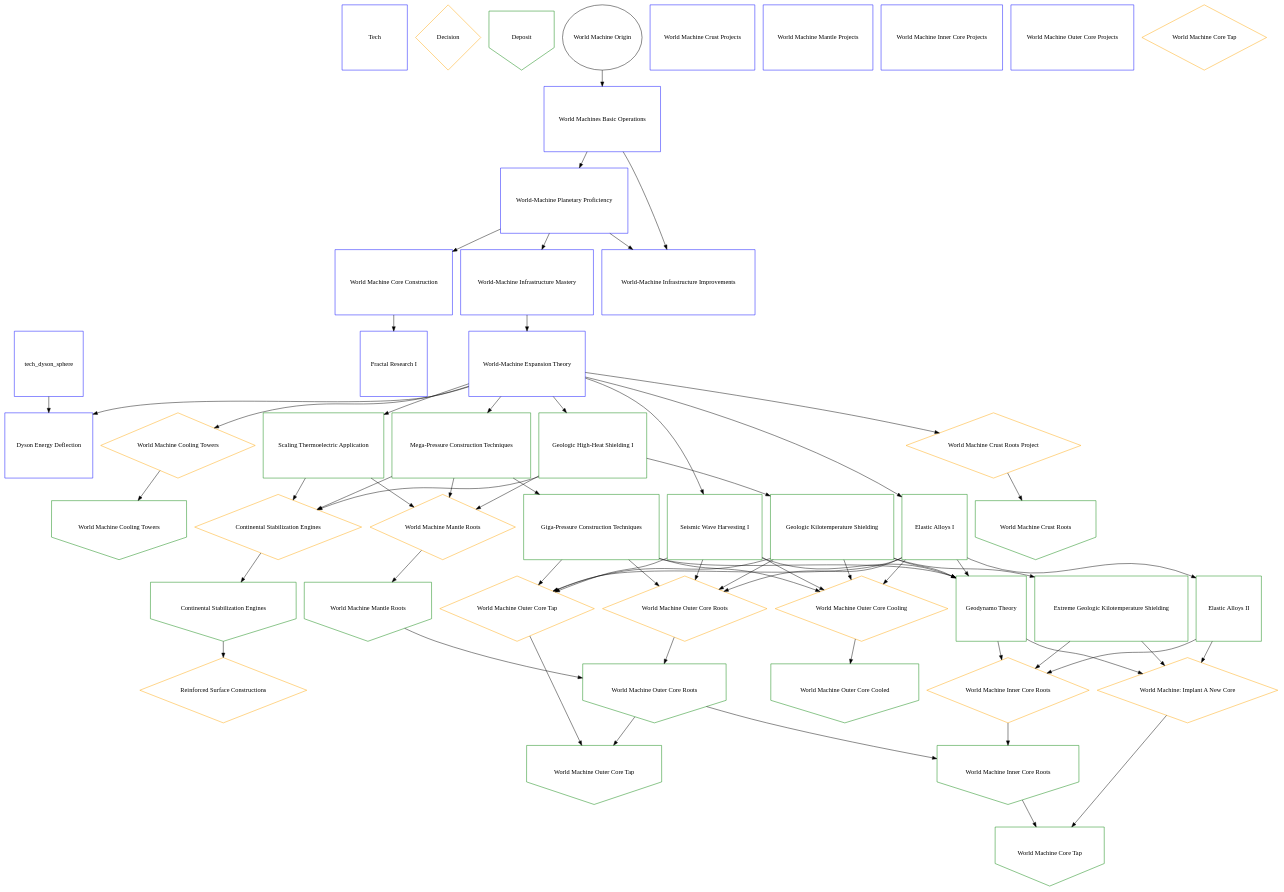
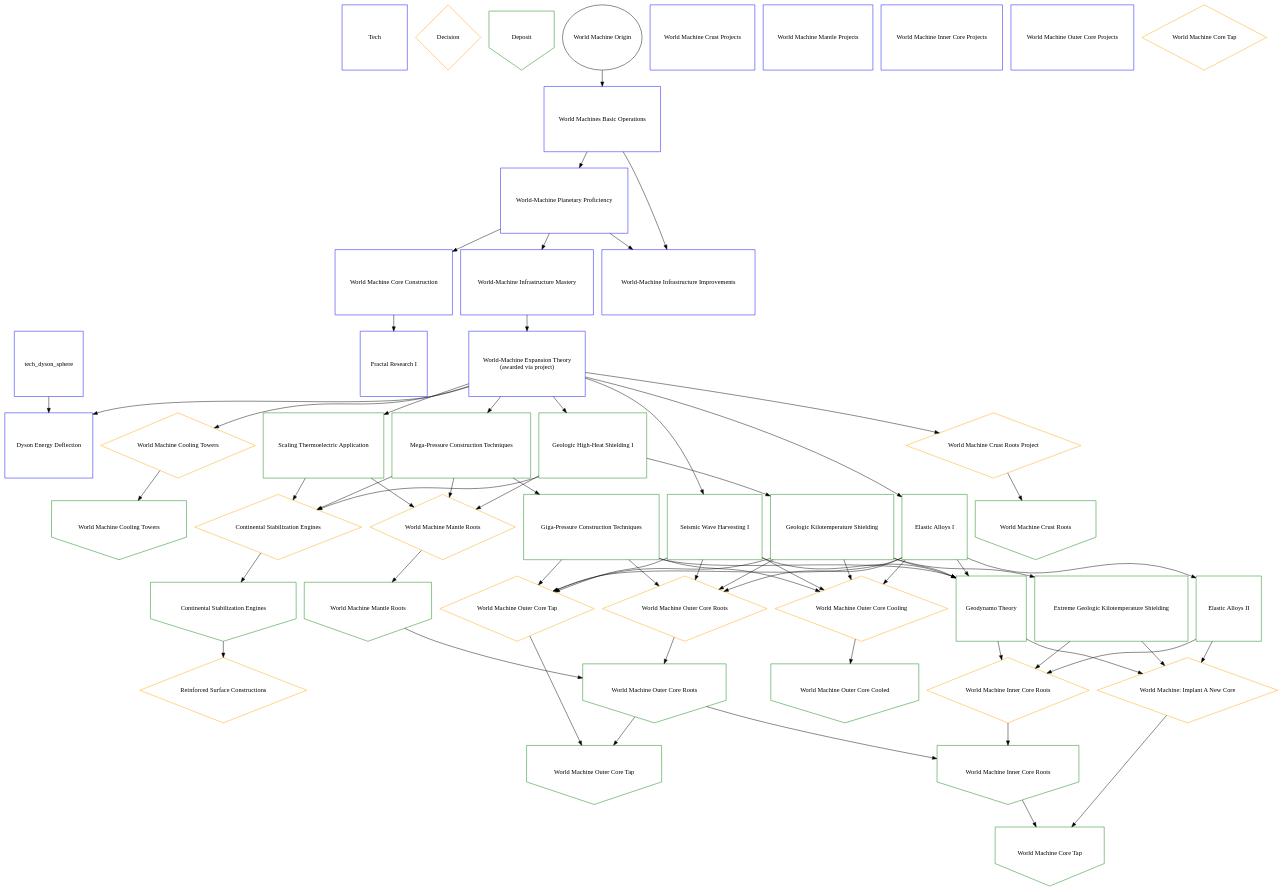
One commit to openly-retro/stellaris-machine-robot-expansion changed the diagram in documentation/oxr_mdlc_world_machine_tech_tree_v2.dot. Above: the diagram before and after it, drawn with Graphviz. The commit also changed 12 other files, not shown here.

```diff
--- a/documentation/oxr_mdlc_world_machine_tech_tree_v2.dot
+++ b/documentation/oxr_mdlc_world_machine_tech_tree_v2.dot
@@ -1,163 +1,163 @@
 digraph {
     node [fixedsize=false width=2 height=2];
     "Tech" [shape=rectangle color=blue];
     "Decision" [shape=diamond color=orange];
     "Deposit" [shape=invhouse color=green];
 
     "World Machine Origin" -> "oxr_mdlc_tech_world_machines_unlocked"
     // "World Machine AP" -> "oxr_mdlc_tech_world_machines_unlocked"
     # WM Tech
     oxr_mdlc_tech_world_machines_unlocked [shape=rectangle color=blue label="World Machines Basic Operations"];
     oxr_mdlc_tech_world_machine_planetary_proficiency [shape=rectangle color=blue label="World-Machine Planetary Proficiency"];
     oxr_mdlc_tech_world_machine_planetary_mastery [shape=rectangle color=blue label="World-Machine Infrastructure Mastery"];
     oxr_mdlc_tech_world_machine_wmc_core [shape=rectangle color=blue label="World Machine Core Construction"];
     oxr_mdlc_tech_fractal_basics [shape=rectangle color=blue label="Fractal Research I"];
     oxr_mdlc_tech_world_machine_district_infrastructure [shape=rectangle color=blue label="World-Machine Infrastructure Improvements"];
 
     "oxr_mdlc_tech_world_machines_unlocked" -> "oxr_mdlc_tech_world_machine_planetary_proficiency"
     "oxr_mdlc_tech_world_machine_planetary_proficiency" -> "oxr_mdlc_tech_world_machine_planetary_mastery"
     "oxr_mdlc_tech_world_machine_wmc_core" -> "oxr_mdlc_tech_fractal_basics"
     # oxr_mdlc_tech_world_machine_district_infrastructure
     "oxr_mdlc_tech_world_machines_unlocked" -> "oxr_mdlc_tech_world_machine_district_infrastructure"
     "oxr_mdlc_tech_world_machine_planetary_proficiency" -> "oxr_mdlc_tech_world_machine_district_infrastructure"
     oxr_mdlc_tech_world_machine_planetary_proficiency -> oxr_mdlc_tech_world_machine_wmc_core;
     # RIKK upgrade tree (TECH)
     rikk_mdlc_tech_world_machine_crust_upgrade [shape=rectangle color=blue label="World Machine Crust Projects"];
     rikk_mdlc_tech_world_machine_mantle_upgrade [shape=rectangle color=blue label="World Machine Mantle Projects"];
     rikk_mdlc_tech_world_machine_inner_core_upgrade [shape=rectangle color=blue label="World Machine Inner Core Projects"];
     rikk_mdlc_tech_world_machine_outer_core_upgrade [shape=rectangle color=blue label="World Machine Outer Core Projects"];
     tech_dyson_sphere [shape=rectangle color=blue];
     rikk_mdlc_tech_world_machine_dyson [shape=rectangle color=blue label="Dyson Energy Deflection"];
     // "rikk_mdlc_tech_world_machine_crust_upgrade" -> "rikk_mdlc_tech_world_machine_mantle_upgrade"
     // "rikk_mdlc_tech_world_machine_mantle_upgrade" -> "rikk_mdlc_tech_world_machine_outer_core_upgrade"
     // "rikk_mdlc_tech_world_machine_outer_core_upgrade" -> "rikk_mdlc_tech_world_machine_inner_core_upgrade"
     // "tech_dyson_sphere" -> "rikk_mdlc_tech_world_machine_dyson"
     // "rikk_mdlc_tech_world_machine_outer_core_upgrade" -> "rikk_mdlc_tech_world_machine_dyson"
     # RIKK (Decisions)
     node [shape=diamond color=orange];
     rikk_mdlc_decision_world_machine_crust_roots [color=orange label="World Machine Crust Roots Project"];
     rikk_mdlc_decision_world_machine_cooling_towers [label="World Machine Cooling Towers"];
     rikk_mdlc_decision_world_machine_mantle_roots [label="World Machine Mantle Roots"];
     rikk_mdlc_decision_world_machine_mantle_engine [label="Continental Stabilization Engines"];
     rikk_mdlc_decision_world_machine_reinforced_planet [label="Reinforced Surface Constructions"];
     rikk_mdlc_decision_world_machine_outer_core_roots [label="World Machine Outer Core Roots"];
     rikk_mdlc_decision_world_machine_outer_core_tap [label="World Machine Outer Core Tap"];
     rikk_mdlc_decision_world_machine_outer_core_cooling [label="World Machine Outer Core Cooling"];
     rikk_mdlc_decision_world_machine_inner_core_roots [label="World Machine Inner Core Roots"];
     rikk_mdlc_decision_world_machine_core_core [label="World Machine: Implant A New Core"];
     rikk_mdlc_decision_world_machine_inner_core_tap [label="World Machine Core Tap"];
     // "rikk_mdlc_tech_world_machine_crust_upgrade" -> "rikk_mdlc_decision_world_machine_crust_roots"
     // rikk_mdlc_tech_world_machine_crust_upgrade -> rikk_mdlc_decision_world_machine_cooling_towers;
     // rikk_mdlc_tech_world_machine_mantle_upgrade -> rikk_mdlc_decision_world_machine_mantle_roots;
     // rikk_mdlc_tech_world_machine_mantle_upgrade -> rikk_mdlc_decision_world_machine_mantle_engine;
     // rikk_mdlc_tech_world_machine_mantle_upgrade -> rikk_mdlc_decision_world_machine_reinforced_planet;
     // rikk_mdlc_tech_world_machine_outer_core_upgrade -> rikk_mdlc_decision_world_machine_outer_core_roots;
     // rikk_mdlc_tech_world_machine_outer_core_upgrade -> rikk_mdlc_decision_world_machine_outer_core_tap;
     // rikk_mdlc_tech_world_machine_outer_core_upgrade -> rikk_mdlc_decision_world_machine_outer_core_cooling;
     // rikk_mdlc_tech_world_machine_inner_core_upgrade -> rikk_mdlc_decision_world_machine_inner_core_roots;
     // rikk_mdlc_tech_world_machine_inner_core_upgrade -> rikk_mdlc_decision_world_machine_core_core;
     // rikk_mdlc_tech_world_machine_inner_core_upgrade -> rikk_mdlc_decision_world_machine_inner_core_tap;
     # RIKK DEPOSITS
     node [color=green shape=invhouse];
     rikk_mdlc_d_world_machine_crust_roots [label="World Machine Crust Roots"];
     rikk_mdlc_d_world_machine_cooling_towers [label="World Machine Cooling Towers"];
     rikk_mdlc_d_world_machine_mantle_roots [label="World Machine Mantle Roots"];
     rikk_mdlc_d_world_machine_mantle_engine [shape=invhouse label="Continental Stabilization Engines"];
     rikk_mdlc_d_world_machine_outer_core_roots [shape=invhouse label="World Machine Outer Core Roots"];
     rikk_mdlc_d_world_machine_outer_core_tap [shape=invhouse label="World Machine Outer Core Tap"];
     rikk_mdlc_d_world_machine_outer_core_cooled [shape=invhouse label="World Machine Outer Core Cooled"];
     rikk_mdlc_d_world_machine_inner_core_roots [shape=invhouse label="World Machine Inner Core Roots"];
     // rikk_mdlc_d_world_machine_core_core [shape=invhouse label="World Machine Core"];
     rikk_mdlc_d_world_machine_core_tap [shape=invhouse label="World Machine Core Tap"];
     // rikk_mdlc_d_world_machine_core_refuse [shape=invhouse label="World Core Dump"];
     # Decisions to deposits
     rikk_mdlc_decision_world_machine_crust_roots -> rikk_mdlc_d_world_machine_crust_roots;
     rikk_mdlc_decision_world_machine_cooling_towers -> rikk_mdlc_d_world_machine_cooling_towers;
     rikk_mdlc_decision_world_machine_mantle_roots -> rikk_mdlc_d_world_machine_mantle_roots;
     rikk_mdlc_decision_world_machine_mantle_engine -> rikk_mdlc_d_world_machine_mantle_engine;
     rikk_mdlc_d_world_machine_mantle_engine -> rikk_mdlc_decision_world_machine_reinforced_planet;
     rikk_mdlc_decision_world_machine_outer_core_roots -> rikk_mdlc_d_world_machine_outer_core_roots;
     rikk_mdlc_decision_world_machine_outer_core_tap -> rikk_mdlc_d_world_machine_outer_core_tap;
     rikk_mdlc_decision_world_machine_outer_core_cooling -> rikk_mdlc_d_world_machine_outer_core_cooled;
     rikk_mdlc_decision_world_machine_inner_core_roots -> rikk_mdlc_d_world_machine_inner_core_roots;
     rikk_mdlc_decision_world_machine_core_core -> rikk_mdlc_d_world_machine_core_tap;
 
     # Deposit to deposit
     rikk_mdlc_d_world_machine_mantle_roots -> rikk_mdlc_d_world_machine_outer_core_roots;
     rikk_mdlc_d_world_machine_outer_core_roots -> rikk_mdlc_d_world_machine_outer_core_tap;
     rikk_mdlc_d_world_machine_outer_core_roots -> rikk_mdlc_d_world_machine_inner_core_roots;
     rikk_mdlc_d_world_machine_inner_core_roots -> rikk_mdlc_d_world_machine_core_tap;
 
 
     # Alt WM Upgrade tree
-    oxr_mdlc_tech_geologic_world_expansion_theory [shape=rectangle color=blue label="World-Machine Expansion Theory"];
+    oxr_mdlc_tech_geologic_world_expansion_theory [shape=rectangle color=blue label="World-Machine Expansion Theory\n(awarded via project)"];
     oxr_mdlc_tech_geologic_heat_shielding_1 [shape=rectangle label="Geologic High-Heat Shielding I"];
     oxr_mdlc_tech_geologic_heat_shielding_2 [shape=rectangle label="Geologic Kilotemperature Shielding"];
     oxr_mdlc_tech_geologic_heat_shielding_3 [shape=rectangle label="Extreme Geologic Kilotemperature Shielding"];
     oxr_mdlc_tech_geologic_scaling_thermoelectrics [shape=rectangle label="Scaling Thermoelectric Application"];
     oxr_mdlc_tech_geologic_pressurized_construction_1 [shape=rectangle label="Mega-Pressure Construction Techniques"];
     oxr_mdlc_tech_geologic_pressurized_construction_2 [shape=rectangle label="Giga-Pressure Construction Techniques"];
     oxr_mdlc_tech_geologic_elastic_materials_1 [shape=rectangle label="Elastic Alloys I"];
     oxr_mdlc_tech_geologic_elastic_materials_2 [shape=rectangle label="Elastic Alloys II"];
     oxr_mdlc_tech_geologic_seismic_wave_harvesting_1 [shape=rectangle label="Seismic Wave Harvesting I"];
     oxr_mdlc_tech_geologic_geodynamo_theory [shape=rectangle label="Geodynamo Theory"];
     #connections
     oxr_mdlc_tech_world_machine_planetary_mastery -> oxr_mdlc_tech_geologic_world_expansion_theory;
 
 
     oxr_mdlc_tech_geologic_world_expansion_theory -> oxr_mdlc_tech_geologic_heat_shielding_1;
     oxr_mdlc_tech_geologic_world_expansion_theory -> oxr_mdlc_tech_geologic_scaling_thermoelectrics;
     oxr_mdlc_tech_geologic_world_expansion_theory -> oxr_mdlc_tech_geologic_pressurized_construction_1;
     oxr_mdlc_tech_geologic_world_expansion_theory -> oxr_mdlc_tech_geologic_elastic_materials_1;
     oxr_mdlc_tech_geologic_world_expansion_theory -> oxr_mdlc_tech_geologic_seismic_wave_harvesting_1;
     oxr_mdlc_tech_geologic_heat_shielding_1 -> oxr_mdlc_tech_geologic_heat_shielding_2;
     oxr_mdlc_tech_geologic_heat_shielding_2 -> oxr_mdlc_tech_geologic_heat_shielding_3;
     oxr_mdlc_tech_geologic_pressurized_construction_1 -> oxr_mdlc_tech_geologic_pressurized_construction_2;
     oxr_mdlc_tech_geologic_elastic_materials_1 -> oxr_mdlc_tech_geologic_elastic_materials_2;
     oxr_mdlc_tech_geologic_heat_shielding_2 -> oxr_mdlc_tech_geologic_geodynamo_theory;
     oxr_mdlc_tech_geologic_pressurized_construction_2 -> oxr_mdlc_tech_geologic_geodynamo_theory;
     oxr_mdlc_tech_geologic_elastic_materials_1 -> oxr_mdlc_tech_geologic_geodynamo_theory;
     oxr_mdlc_tech_geologic_seismic_wave_harvesting_1 -> oxr_mdlc_tech_geologic_geodynamo_theory;
 
     # OXR to RIKK
     // oxr_mdlc_tech_world_machine_wmc_core -> rikk_mdlc_tech_world_machine_crust_upgrade;
     oxr_mdlc_tech_geologic_world_expansion_theory -> rikk_mdlc_decision_world_machine_crust_roots;
     oxr_mdlc_tech_geologic_world_expansion_theory -> rikk_mdlc_decision_world_machine_cooling_towers;
     oxr_mdlc_tech_geologic_world_expansion_theory -> rikk_mdlc_tech_world_machine_dyson;
     tech_dyson_sphere -> rikk_mdlc_tech_world_machine_dyson;
     # mantle
     oxr_mdlc_tech_geologic_heat_shielding_1 -> rikk_mdlc_decision_world_machine_mantle_roots;
     oxr_mdlc_tech_geologic_scaling_thermoelectrics -> rikk_mdlc_decision_world_machine_mantle_roots;
     oxr_mdlc_tech_geologic_pressurized_construction_1 -> rikk_mdlc_decision_world_machine_mantle_roots;
     oxr_mdlc_tech_geologic_heat_shielding_1 -> rikk_mdlc_decision_world_machine_mantle_engine;
     oxr_mdlc_tech_geologic_scaling_thermoelectrics -> rikk_mdlc_decision_world_machine_mantle_engine;
     oxr_mdlc_tech_geologic_pressurized_construction_1 -> rikk_mdlc_decision_world_machine_mantle_engine;
     # outer core
     oxr_mdlc_tech_geologic_elastic_materials_1 -> rikk_mdlc_decision_world_machine_outer_core_roots;
     oxr_mdlc_tech_geologic_heat_shielding_2 -> rikk_mdlc_decision_world_machine_outer_core_roots;
     oxr_mdlc_tech_geologic_pressurized_construction_2 -> rikk_mdlc_decision_world_machine_outer_core_roots;
     oxr_mdlc_tech_geologic_seismic_wave_harvesting_1 -> rikk_mdlc_decision_world_machine_outer_core_roots;
 
     oxr_mdlc_tech_geologic_elastic_materials_1 -> rikk_mdlc_decision_world_machine_outer_core_tap;
     oxr_mdlc_tech_geologic_heat_shielding_2 -> rikk_mdlc_decision_world_machine_outer_core_tap;
     oxr_mdlc_tech_geologic_pressurized_construction_2 -> rikk_mdlc_decision_world_machine_outer_core_tap;
     oxr_mdlc_tech_geologic_seismic_wave_harvesting_1 -> rikk_mdlc_decision_world_machine_outer_core_tap;
 
 
     oxr_mdlc_tech_geologic_elastic_materials_1 -> rikk_mdlc_decision_world_machine_outer_core_cooling;
     oxr_mdlc_tech_geologic_heat_shielding_2 -> rikk_mdlc_decision_world_machine_outer_core_cooling;
     oxr_mdlc_tech_geologic_pressurized_construction_2 -> rikk_mdlc_decision_world_machine_outer_core_cooling;
     oxr_mdlc_tech_geologic_seismic_wave_harvesting_1 -> rikk_mdlc_decision_world_machine_outer_core_cooling;
 
 
     # inner core
     oxr_mdlc_tech_geologic_heat_shielding_3 -> rikk_mdlc_decision_world_machine_inner_core_roots;
     oxr_mdlc_tech_geologic_elastic_materials_2 -> rikk_mdlc_decision_world_machine_inner_core_roots;
     oxr_mdlc_tech_geologic_geodynamo_theory -> rikk_mdlc_decision_world_machine_inner_core_roots;
 
     oxr_mdlc_tech_geologic_heat_shielding_3 -> rikk_mdlc_decision_world_machine_core_core;
     oxr_mdlc_tech_geologic_elastic_materials_2 -> rikk_mdlc_decision_world_machine_core_core;
     oxr_mdlc_tech_geologic_geodynamo_theory -> rikk_mdlc_decision_world_machine_core_core;
 
 
 }
```
